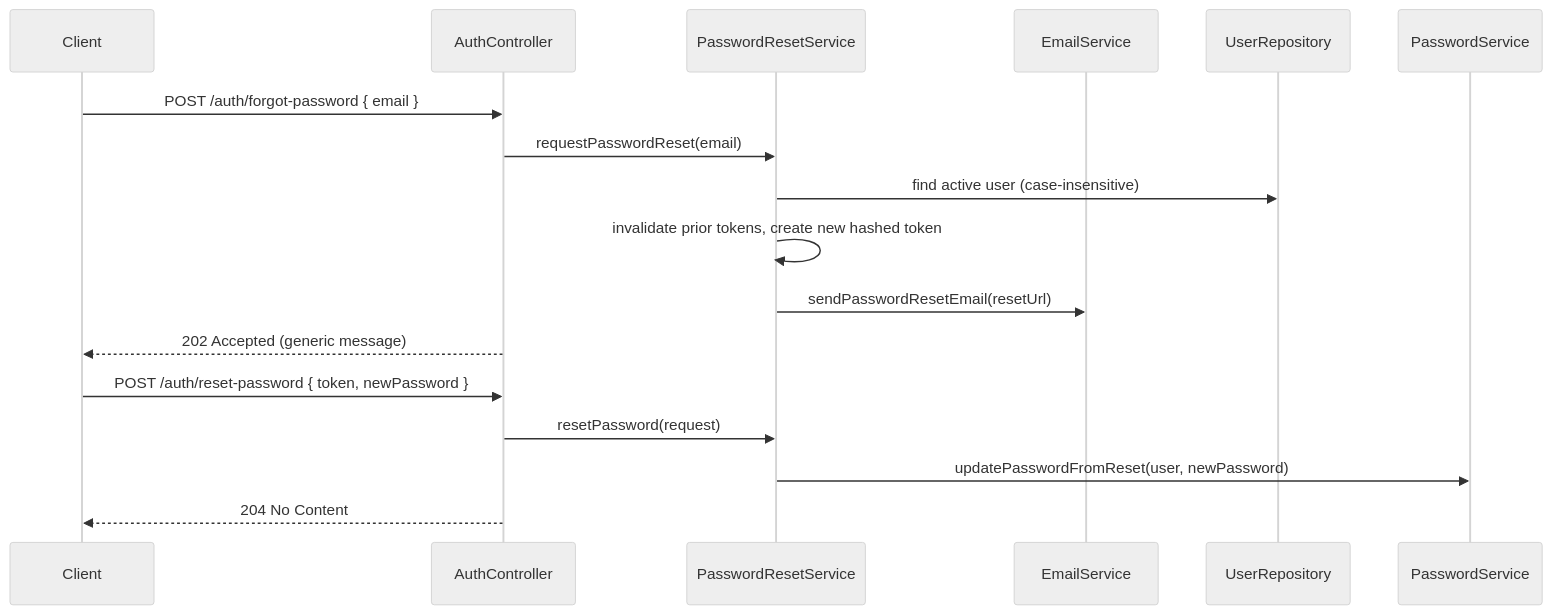
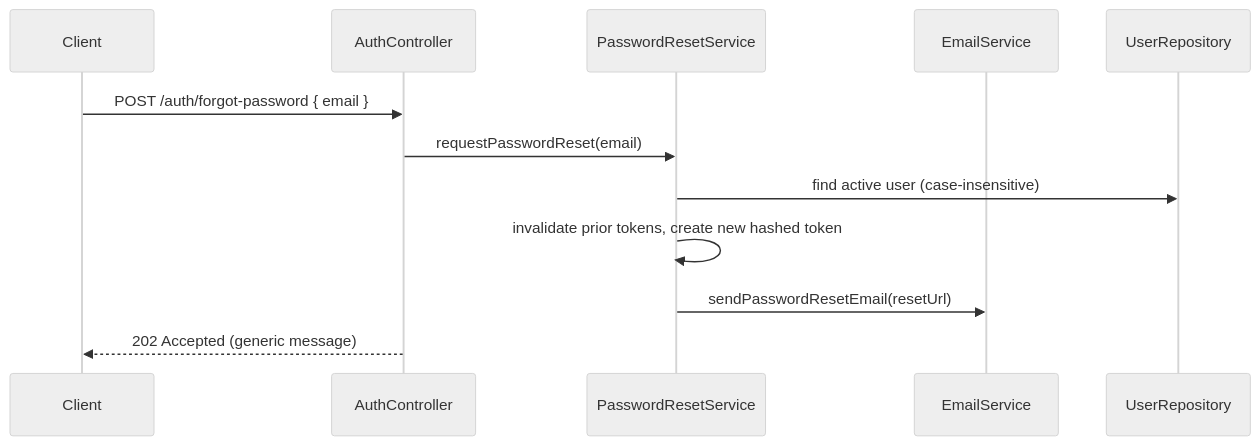
One commit to Kamaleshwarr/Infras-Learnhub changed the second of 2 diagrams in .cursor/architecture.md. Above: the diagram before and after it, drawn with Mermaid (neutral theme). The commit also changed other lines of this file and 1 other file, not shown here.

Commit message:
Update project context and architecture docs for v0.2 Password Management

````diff
--- a/.cursor/architecture.md
+++ b/.cursor/architecture.md
@@ -194,20 +222,15 @@
 ```mermaid
 sequenceDiagram
     participant Client
     participant AuthController
     participant PasswordResetService
     participant EmailService
     participant UserRepository
 
     Client->>AuthController: POST /auth/forgot-password { email }
     AuthController->>PasswordResetService: requestPasswordReset(email)
     PasswordResetService->>UserRepository: find active user (case-insensitive)
     PasswordResetService->>PasswordResetService: invalidate prior tokens, create new hashed token
     PasswordResetService->>EmailService: sendPasswordResetEmail(resetUrl)
     AuthController-->>Client: 202 Accepted (generic message)
-
-    Client->>AuthController: POST /auth/reset-password { token, newPassword }
-    AuthController->>PasswordResetService: resetPassword(request)
-    PasswordResetService->>PasswordService: updatePasswordFromReset(user, newPassword)
-    AuthController-->>Client: 204 No Content
 ```
````
